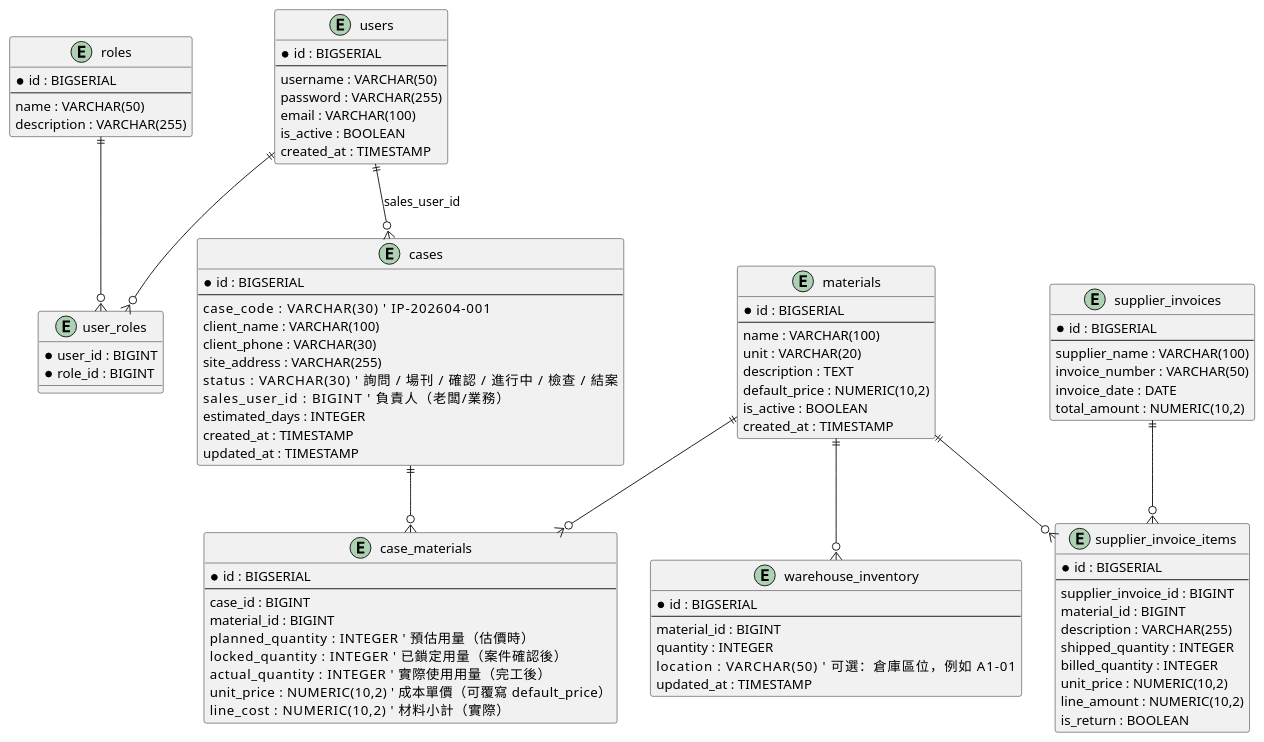
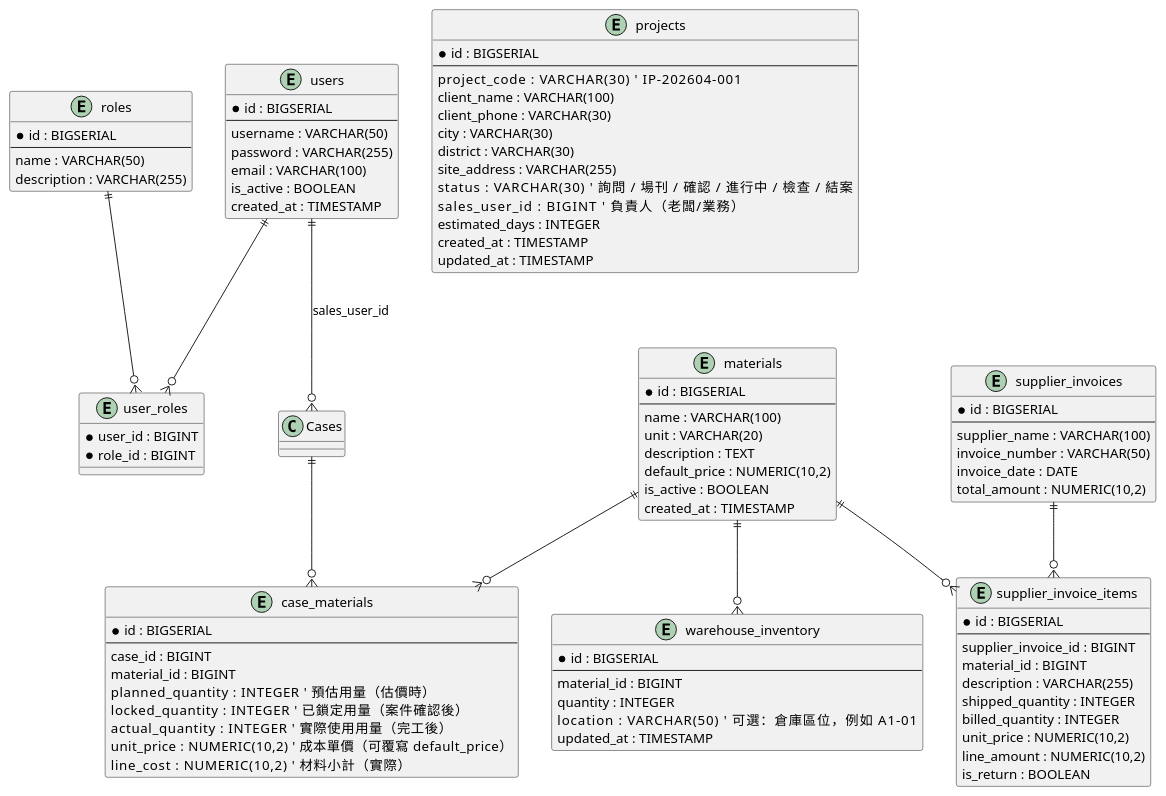
One commit to THB-TW/interior_inventory changed the diagram in backend/erd.plantuml. Above: the diagram before and after it, drawn with PlantUML. The commit also changed 60 other files, not shown here.

```diff
--- a/backend/erd.plantuml
+++ b/backend/erd.plantuml
@@ -1,110 +1,112 @@
 @startuml
 ' === 使用者與角色 ===
 entity "users" as Users {
   * id : BIGSERIAL
   --
   username : VARCHAR(50)
   password : VARCHAR(255)
   email : VARCHAR(100)
   is_active : BOOLEAN
   created_at : TIMESTAMP
 }
 
 entity "roles" as Roles {
   * id : BIGSERIAL
   --
   name : VARCHAR(50)
   description : VARCHAR(255)
 }
 
 entity "user_roles" as UserRoles {
   * user_id : BIGINT
   * role_id : BIGINT
 }
 
 Users ||--o{ UserRoles
 Roles ||--o{ UserRoles
 
 ' === 案件主檔 ===
-entity "cases" as Cases {
+entity "projects" as Projects {
   * id : BIGSERIAL
   --
-  case_code : VARCHAR(30)          ' IP-202604-001
+  project_code : VARCHAR(30)          ' IP-202604-001
   client_name : VARCHAR(100)
   client_phone : VARCHAR(30)
+  city : VARCHAR(30)
+  district : VARCHAR(30)
   site_address : VARCHAR(255)
   status : VARCHAR(30)             ' 詢問 / 場刊 / 確認 / 進行中 / 檢查 / 結案
   sales_user_id : BIGINT           ' 負責人（老闆/業務）
   estimated_days : INTEGER
   created_at : TIMESTAMP
   updated_at : TIMESTAMP
 }
 
 Users ||--o{ Cases : "sales_user_id"
 
 ' === 料件 master ===
 entity "materials" as Materials {
   * id : BIGSERIAL
   --
   name : VARCHAR(100)
   unit : VARCHAR(20)
   description : TEXT
   default_price : NUMERIC(10,2)
   is_active : BOOLEAN
   created_at : TIMESTAMP
 }
 
 ' === 倉庫庫存 ===
 entity "warehouse_inventory" as WarehouseInventory {
   * id : BIGSERIAL
   --
   material_id : BIGINT
   quantity : INTEGER
   location : VARCHAR(50)           ' 可選：倉庫區位，例如 A1-01
   updated_at : TIMESTAMP
 }
 
 Materials ||--o{ WarehouseInventory
 
 ' === 案件用料（鎖定 + 實際用量） ===
 entity "case_materials" as CaseMaterials {
   * id : BIGSERIAL
   --
   case_id : BIGINT
   material_id : BIGINT
   planned_quantity : INTEGER       ' 預估用量（估價時）
   locked_quantity : INTEGER        ' 已鎖定用量（案件確認後）
   actual_quantity : INTEGER        ' 實際使用用量（完工後）
   unit_price : NUMERIC(10,2)       ' 成本單價（可覆寫 default_price）
   line_cost : NUMERIC(10,2)        ' 材料小計（實際）
 }
 
 Cases ||--o{ CaseMaterials
 Materials ||--o{ CaseMaterials
 
 entity "supplier_invoices" as SupplierInvoices {
   * id : BIGSERIAL
   --
   supplier_name : VARCHAR(100)
   invoice_number : VARCHAR(50)
   invoice_date : DATE
   total_amount : NUMERIC(10,2)
 }
 
 entity "supplier_invoice_items" as SupplierInvoiceItems {
   * id : BIGSERIAL
   --
   supplier_invoice_id : BIGINT
   material_id : BIGINT
   description : VARCHAR(255)
   shipped_quantity : INTEGER
   billed_quantity : INTEGER
   unit_price : NUMERIC(10,2)
   line_amount : NUMERIC(10,2)
   is_return : BOOLEAN
 }
 
 SupplierInvoices ||--o{ SupplierInvoiceItems
 Materials ||--o{ SupplierInvoiceItems
 
 @enduml
```
